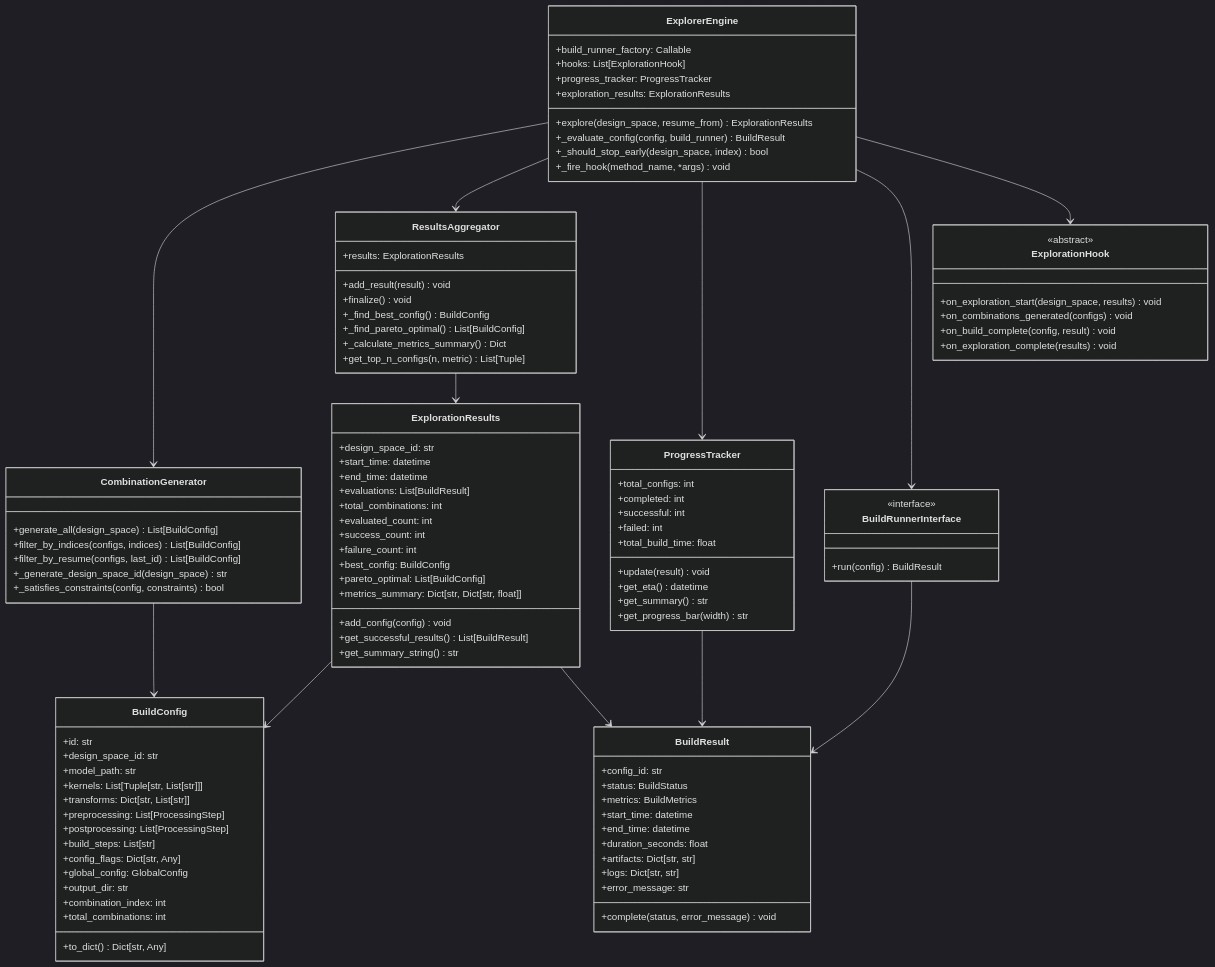
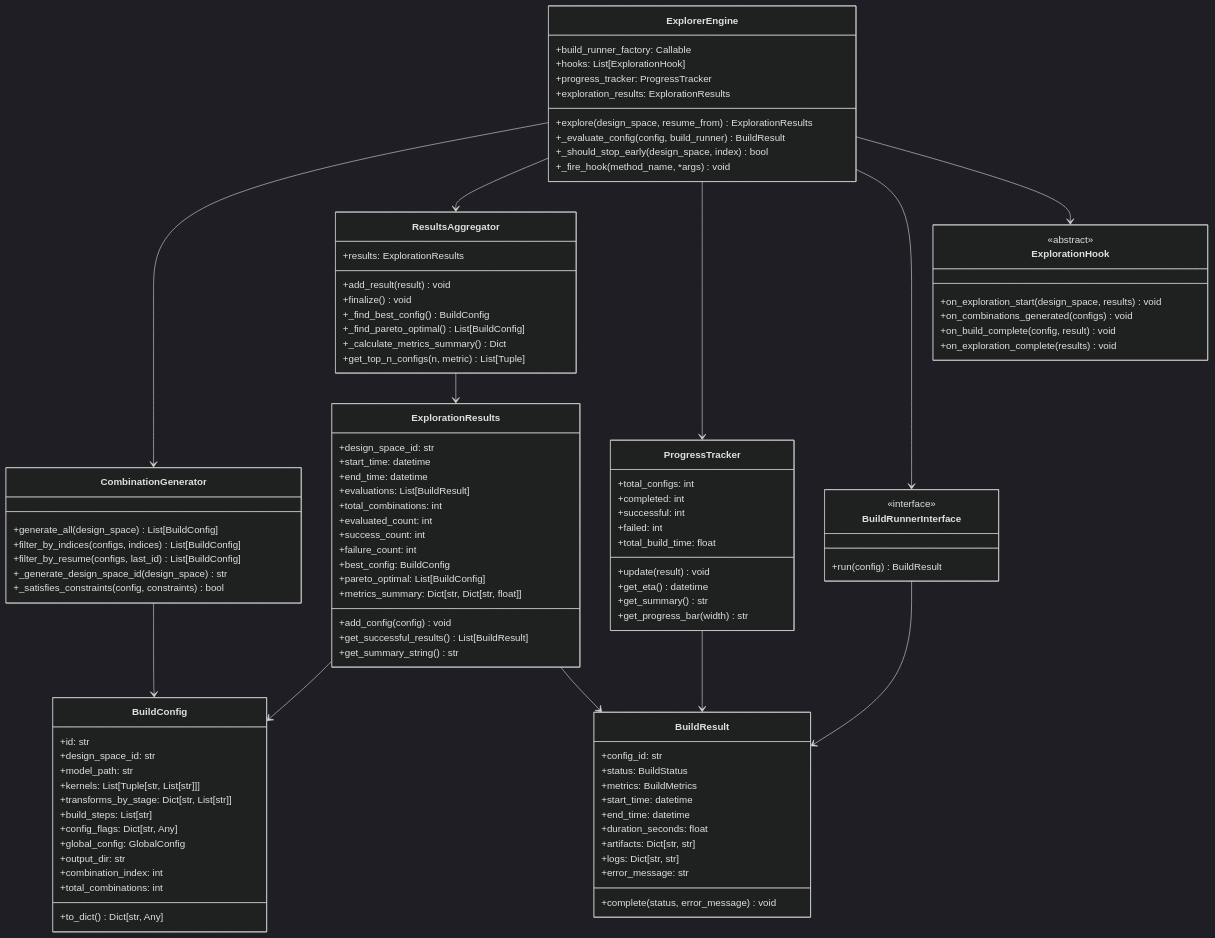
The fourth of 9 diagrams in brainsmith/core/phase2/PHASE2_ARCHITECTURE.md (microsoft/Brainsmith), drawn with Mermaid (dark theme) before and after one commit. The commit also changed other lines of this file and 40 other files, not shown here.

```diff
--- a/brainsmith/core/phase2/PHASE2_ARCHITECTURE.md
+++ b/brainsmith/core/phase2/PHASE2_ARCHITECTURE.md
@@ -208,9 +208,7 @@
         +design_space_id: str
         +model_path: str
         +kernels: List[Tuple[str, List[str]]]
-        +transforms: Dict[str, List[str]]
-        +preprocessing: List[ProcessingStep]
-        +postprocessing: List[ProcessingStep]
+        +transforms_by_stage: Dict[str, List[str]]
         +build_steps: List[str]
         +config_flags: Dict[str, Any]
         +global_config: GlobalConfig
```
